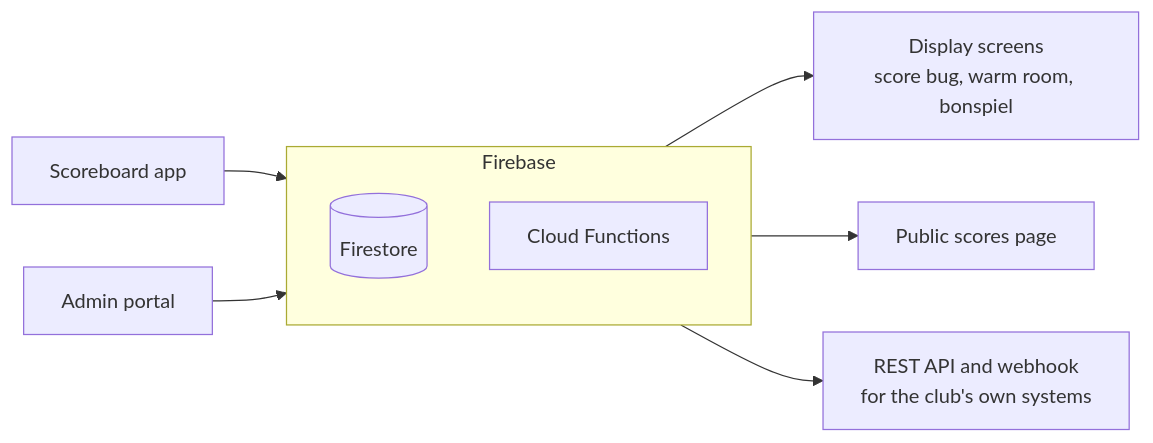
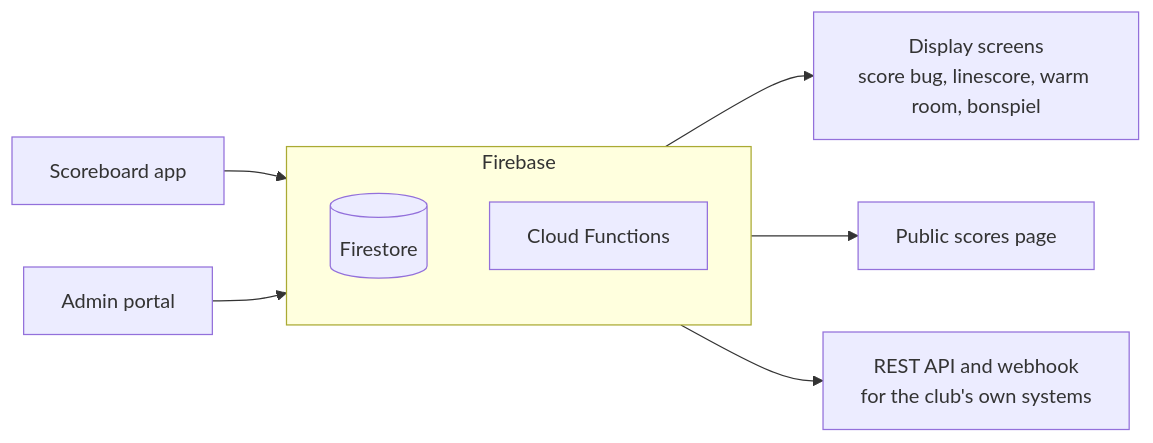
One commit to CloudgateStudios/curling_scoreboard changed the diagram in README.md. Above: the diagram before and after it, drawn with Mermaid. The commit also changed 26 other files, not shown here.

````diff
--- a/README.md
+++ b/README.md
@@ -18,12 +18,12 @@
 ```mermaid
 flowchart LR
   SB["Scoreboard app"] --> FB
   AD["Admin portal"] --> FB
   subgraph FB["Firebase"]
     FS[("Firestore")]
     CF["Cloud Functions"]
   end
-  FB --> DP["Display screens<br/>score bug, warm room, bonspiel"]
+  FB --> DP["Display screens<br/>score bug, linescore, warm room, bonspiel"]
   FB --> PS["Public scores page"]
   FB --> INT["REST API and webhook<br/>for the club's own systems"]
 ```
````
